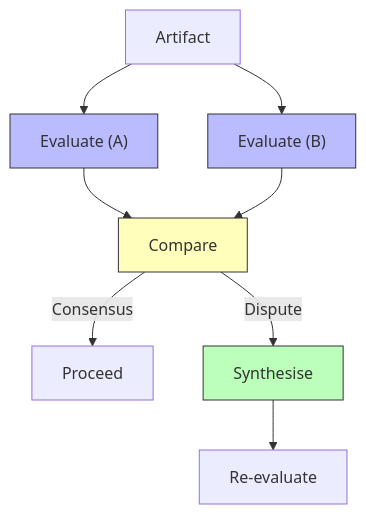
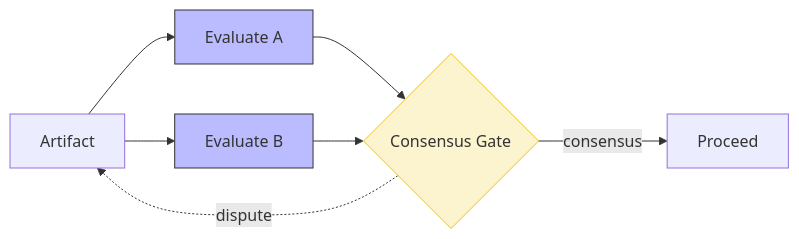
One commit to jrlangford/loop changed the sixth of 8 diagrams in framework-design.md. Above: the diagram before and after it, drawn with Mermaid. The commit also changed other lines of this file and 11 other files, not shown here.

First line of the commit message:
Align diagrams with describe skill conventions and clarify Evaluate vs Gate

````diff
--- a/framework-design.md
+++ b/framework-design.md
@@ -702,15 +690,10 @@
 ```mermaid
-graph TD
-    AR["Artifact"] --> EVA["Evaluate (A)"]
-    AR --> EVB["Evaluate (B)"]
-    EVA --> CMP["Compare"]
-    EVB --> CMP
-    CMP -->|Consensus| OUT["Proceed"]
-    CMP -->|Dispute| SYN["Synthesise"]
-    SYN --> REEV["Re-evaluate"]
+flowchart LR
+    classDef stage fill:#bbf,stroke:#333
+    classDef gate fill:#fcf3cf,stroke:#f1c40f
 
-    style EVA fill:#bbf,stroke:#333
-    style EVB fill:#bbf,stroke:#333
-    style CMP fill:#ffb,stroke:#333
-    style SYN fill:#bfb,stroke:#333
+    AR["Artifact"] --> EVA["Evaluate A"]:::stage --> CMP{"Consensus Gate"}:::gate
+    AR --> EVB["Evaluate B"]:::stage --> CMP
+    CMP -->|consensus| OUT["Proceed"]
+    CMP -.->|dispute| AR
 ```
````
